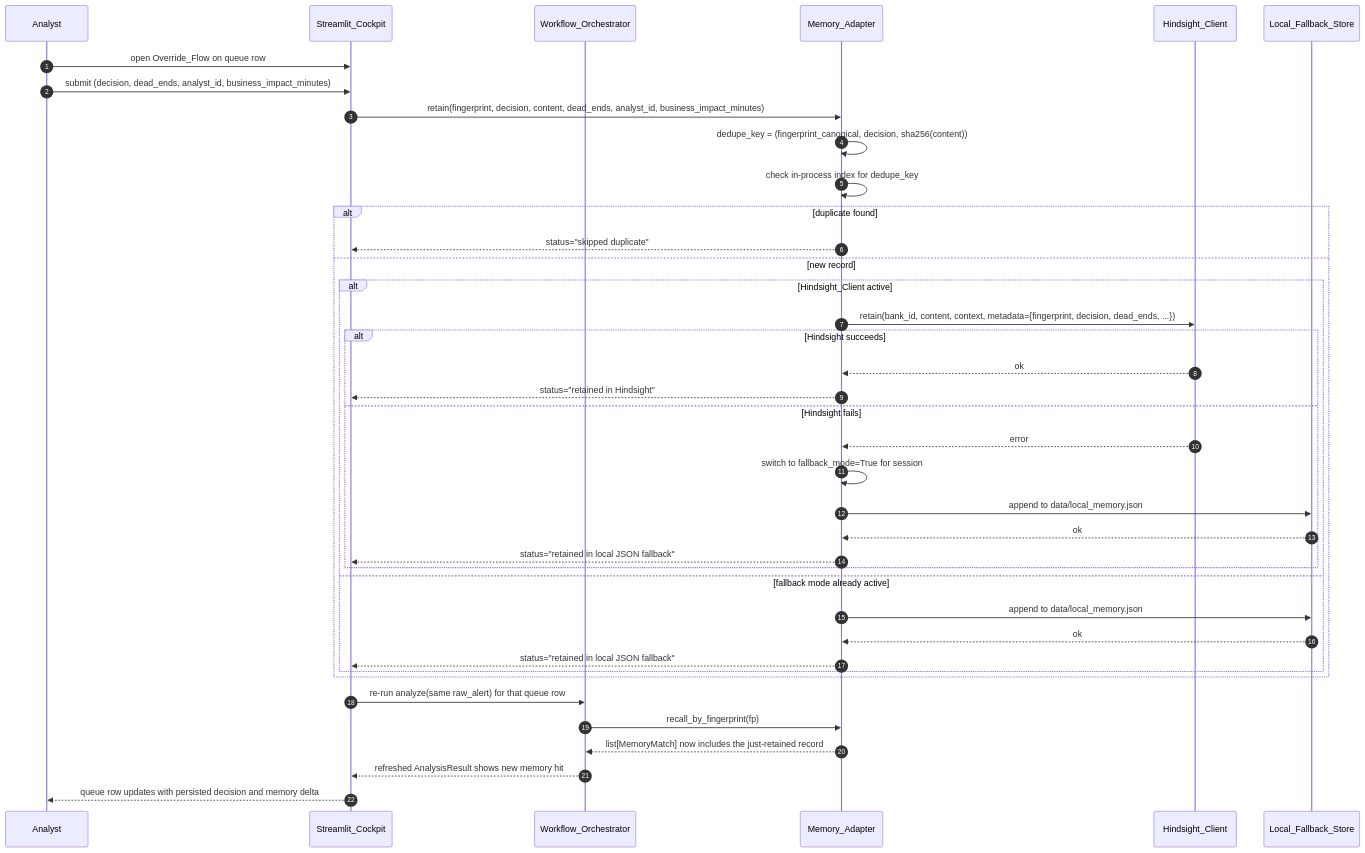
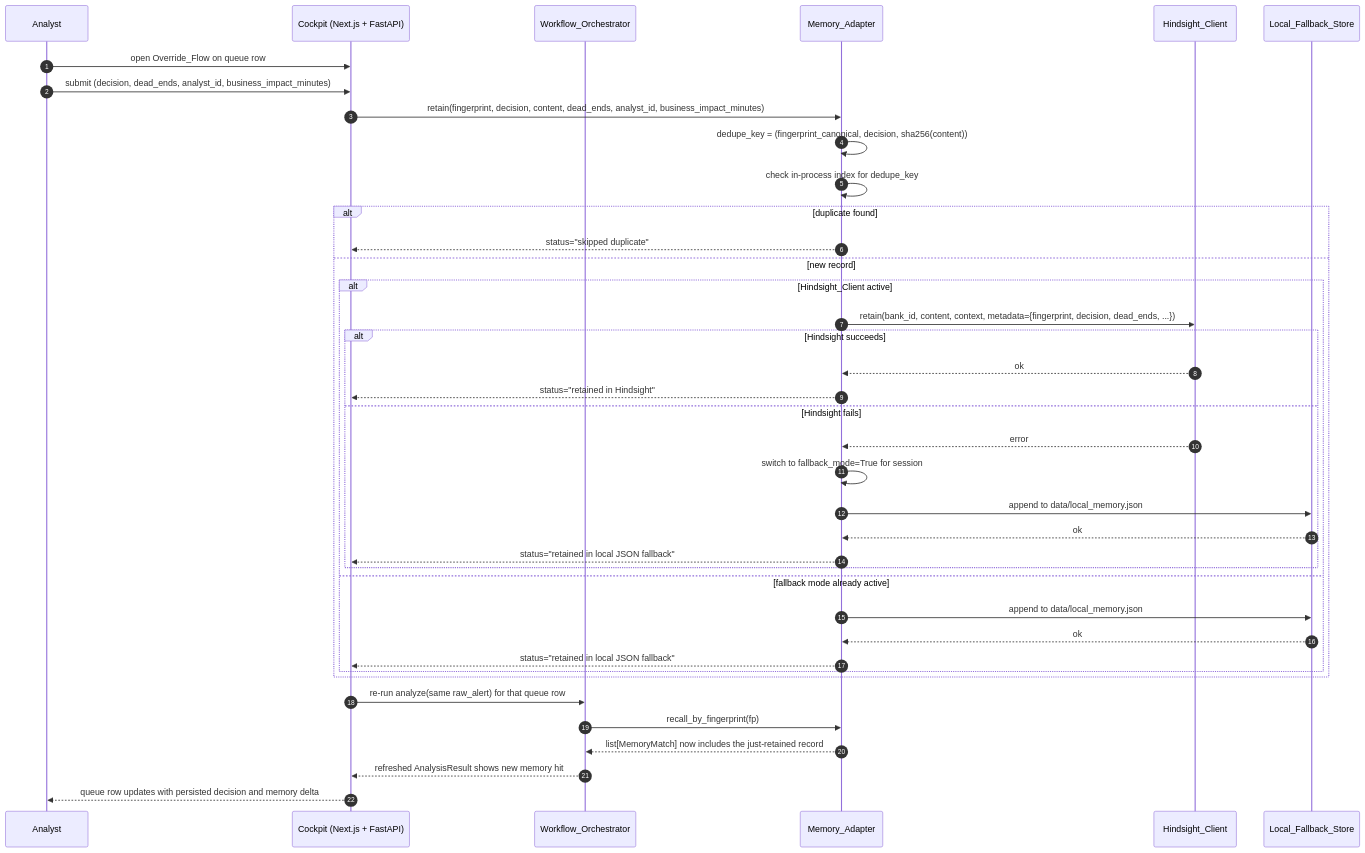
Before and after one commit to Dawn-Fighter/Open-Recall: the fourth of 5 diagrams in .kiro/specs/openrecall/design.md, drawn with Mermaid. The commit also changed other lines of this file and 64 other files, not shown here.

````diff
--- a/.kiro/specs/openrecall/design.md
+++ b/.kiro/specs/openrecall/design.md
@@ -137,44 +140,44 @@
 ```mermaid
 sequenceDiagram
     autonumber
     participant U as Analyst
-    participant C as Streamlit_Cockpit
+    participant C as Cockpit (Next.js + FastAPI)
     participant W as Workflow_Orchestrator
     participant M as Memory_Adapter
     participant H as Hindsight_Client
     participant L as Local_Fallback_Store
 
     U->>C: open Override_Flow on queue row
     U->>C: submit (decision, dead_ends, analyst_id, business_impact_minutes)
     C->>M: retain(fingerprint, decision, content, dead_ends, analyst_id, business_impact_minutes)
     M->>M: dedupe_key = (fingerprint_canonical, decision, sha256(content))
     M->>M: check in-process index for dedupe_key
 
     alt duplicate found
         M-->>C: status="skipped duplicate"
     else new record
         alt Hindsight_Client active
             M->>H: retain(bank_id, content, context, metadata={fingerprint, decision, dead_ends, ...})
             alt Hindsight succeeds
                 H-->>M: ok
                 M-->>C: status="retained in Hindsight"
             else Hindsight fails
                 H-->>M: error
                 M->>M: switch to fallback_mode=True for session
                 M->>L: append to data/local_memory.json
                 L-->>M: ok
                 M-->>C: status="retained in local JSON fallback"
             end
         else fallback mode already active
             M->>L: append to data/local_memory.json
             L-->>M: ok
             M-->>C: status="retained in local JSON fallback"
         end
     end
 
     C->>W: re-run analyze(same raw_alert) for that queue row
     W->>M: recall_by_fingerprint(fp)
     M-->>W: list[MemoryMatch] now includes the just-retained record
     W-->>C: refreshed AnalysisResult shows new memory hit
     C-->>U: queue row updates with persisted decision and memory delta
 ```
````
